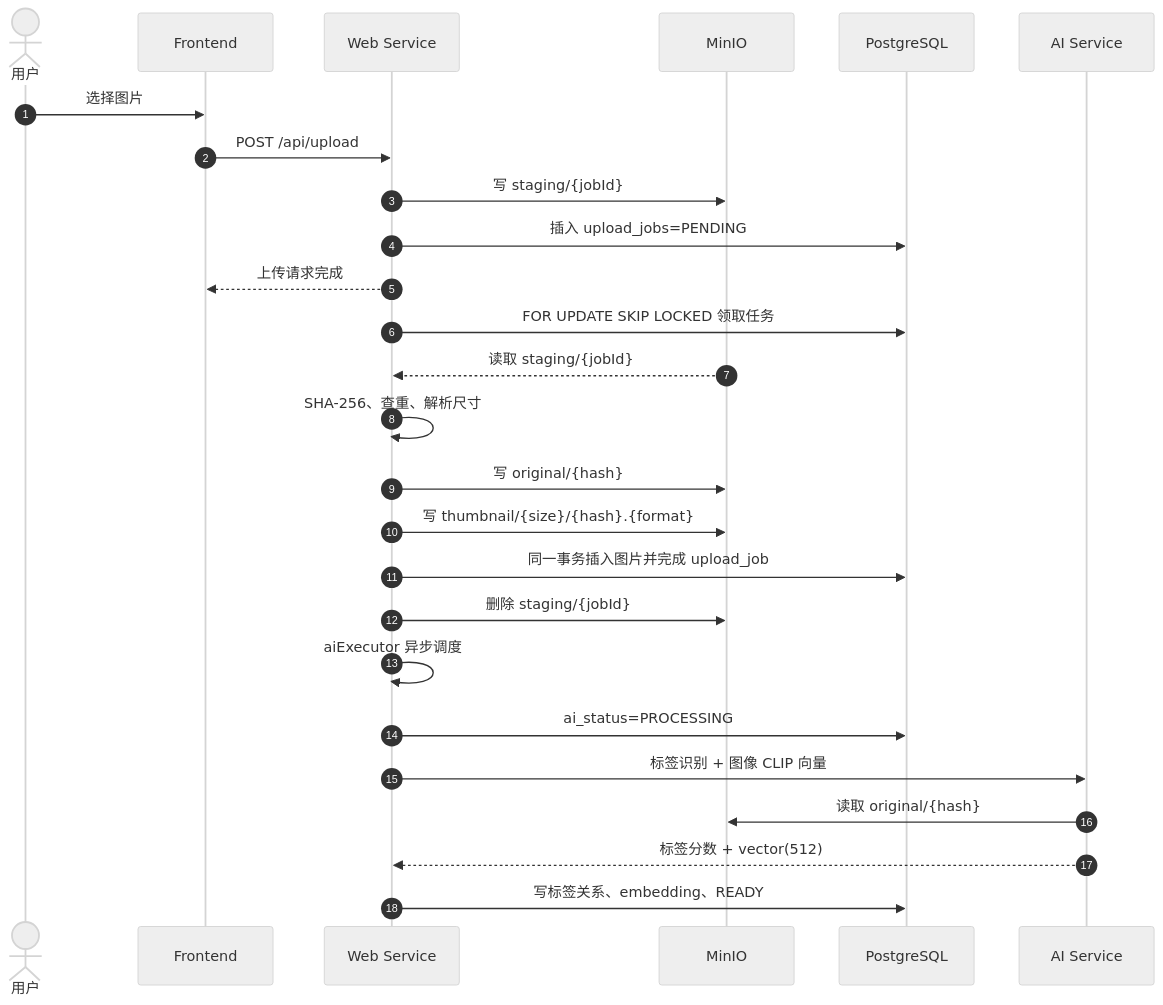
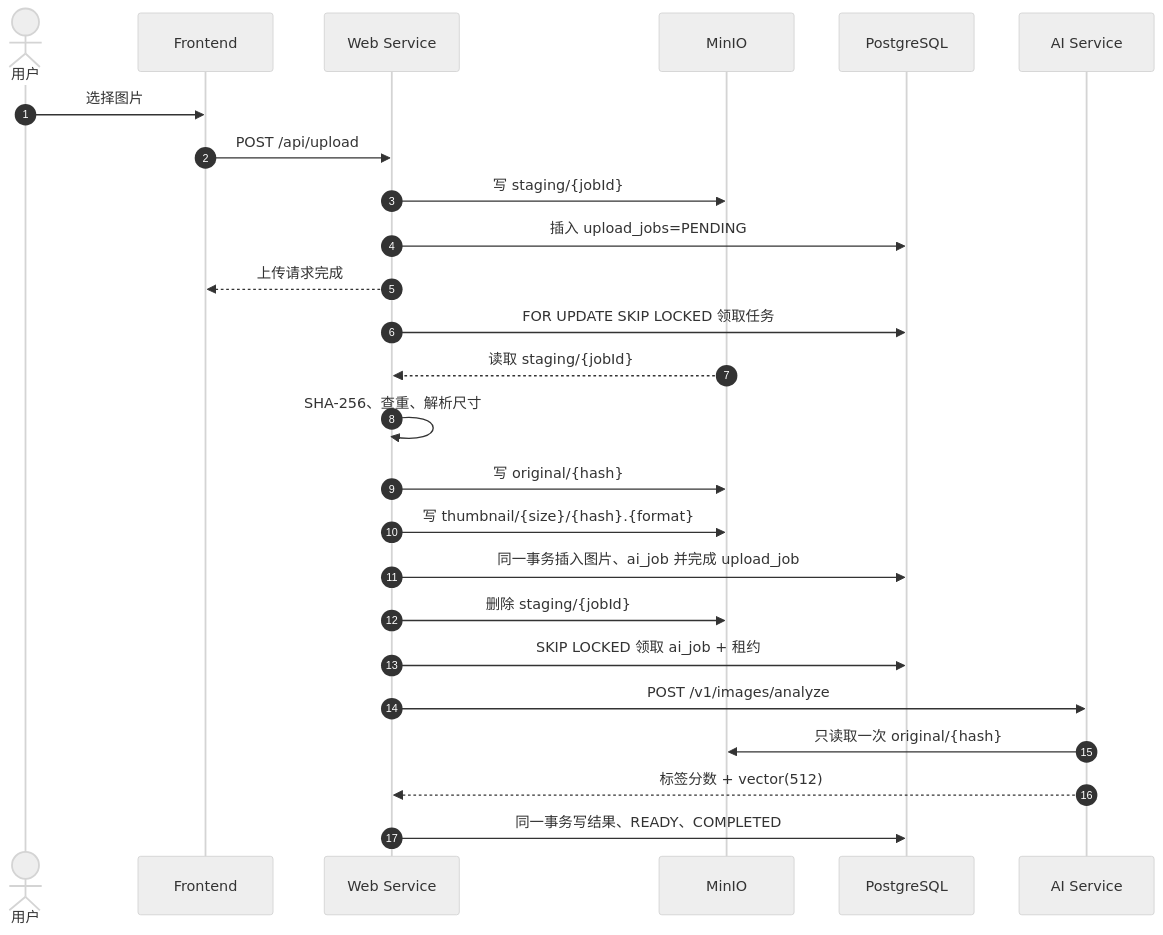
Before and after one commit to tamakara/bakabooru: the second of 3 diagrams in docs/architecture.md, drawn with Mermaid (neutral theme). The commit also changed other lines of this file and 73 other files, not shown here.

````diff
--- a/docs/architecture.md
+++ b/docs/architecture.md
@@ -47,30 +46,29 @@
 ```mermaid
 sequenceDiagram
     autonumber
     actor U as 用户
     participant F as Frontend
     participant W as Web Service
     participant M as MinIO
     participant P as PostgreSQL
     participant A as AI Service
 
     U->>F: 选择图片
     F->>W: POST /api/upload
     W->>M: 写 staging/{jobId}
     W->>P: 插入 upload_jobs=PENDING
     W-->>F: 上传请求完成
 
     W->>P: FOR UPDATE SKIP LOCKED 领取任务
     M-->>W: 读取 staging/{jobId}
     W->>W: SHA-256、查重、解析尺寸
     W->>M: 写 original/{hash}
     W->>M: 写 thumbnail/{size}/{hash}.{format}
-    W->>P: 同一事务插入图片并完成 upload_job
+    W->>P: 同一事务插入图片、ai_job 并完成 upload_job
     W->>M: 删除 staging/{jobId}
-    W->>W: aiExecutor 异步调度
-    W->>P: ai_status=PROCESSING
-    W->>A: 标签识别 + 图像 CLIP 向量
-    A->>M: 读取 original/{hash}
+    W->>P: SKIP LOCKED 领取 ai_job + 租约
+    W->>A: POST /v1/images/analyze
+    A->>M: 只读取一次 original/{hash}
     A-->>W: 标签分数 + vector(512)
-    W->>P: 写标签关系、embedding、READY
+    W->>P: 同一事务写结果、READY、COMPLETED
 ```
````
